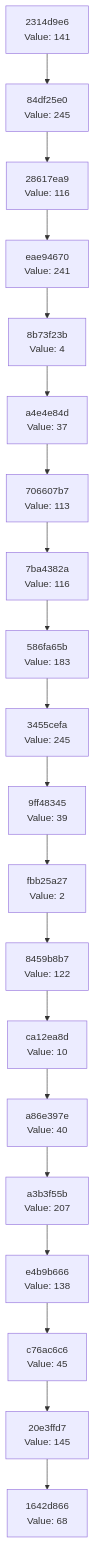
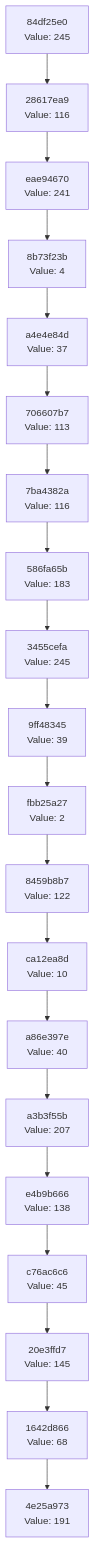
The diagram in docs/CHAIN_VISUALIZATION.md (Abhisheksinha1506/hash-chain-evolver), drawn with Mermaid before and after one commit. The commit also changed 2 other files, not shown here.

Commit message:
Evolution Step

````diff
--- a/docs/CHAIN_VISUALIZATION.md
+++ b/docs/CHAIN_VISUALIZATION.md
@@ -3,42 +3,42 @@
 ```mermaid
 graph TD
-    C0["1642d866<br/>Value: 68"]
-    C1["20e3ffd7<br/>Value: 145"]
+    C0["4e25a973<br/>Value: 191"]
+    C1["1642d866<br/>Value: 68"]
     C1 --> C0
-    C2["c76ac6c6<br/>Value: 45"]
+    C2["20e3ffd7<br/>Value: 145"]
     C2 --> C1
-    C3["e4b9b666<br/>Value: 138"]
+    C3["c76ac6c6<br/>Value: 45"]
     C3 --> C2
-    C4["a3b3f55b<br/>Value: 207"]
+    C4["e4b9b666<br/>Value: 138"]
     C4 --> C3
-    C5["a86e397e<br/>Value: 40"]
+    C5["a3b3f55b<br/>Value: 207"]
     C5 --> C4
-    C6["ca12ea8d<br/>Value: 10"]
+    C6["a86e397e<br/>Value: 40"]
     C6 --> C5
-    C7["8459b8b7<br/>Value: 122"]
+    C7["ca12ea8d<br/>Value: 10"]
     C7 --> C6
-    C8["fbb25a27<br/>Value: 2"]
+    C8["8459b8b7<br/>Value: 122"]
     C8 --> C7
-    C9["9ff48345<br/>Value: 39"]
+    C9["fbb25a27<br/>Value: 2"]
     C9 --> C8
-    C10["3455cefa<br/>Value: 245"]
+    C10["9ff48345<br/>Value: 39"]
     C10 --> C9
-    C11["586fa65b<br/>Value: 183"]
+    C11["3455cefa<br/>Value: 245"]
     C11 --> C10
-    C12["7ba4382a<br/>Value: 116"]
+    C12["586fa65b<br/>Value: 183"]
     C12 --> C11
-    C13["706607b7<br/>Value: 113"]
+    C13["7ba4382a<br/>Value: 116"]
     C13 --> C12
-    C14["a4e4e84d<br/>Value: 37"]
+    C14["706607b7<br/>Value: 113"]
     C14 --> C13
-    C15["8b73f23b<br/>Value: 4"]
+    C15["a4e4e84d<br/>Value: 37"]
     C15 --> C14
-    C16["eae94670<br/>Value: 241"]
+    C16["8b73f23b<br/>Value: 4"]
     C16 --> C15
-    C17["28617ea9<br/>Value: 116"]
+    C17["eae94670<br/>Value: 241"]
     C17 --> C16
-    C18["84df25e0<br/>Value: 245"]
+    C18["28617ea9<br/>Value: 116"]
     C18 --> C17
-    C19["2314d9e6<br/>Value: 141"]
+    C19["84df25e0<br/>Value: 245"]
     C19 --> C18
 ```
````
